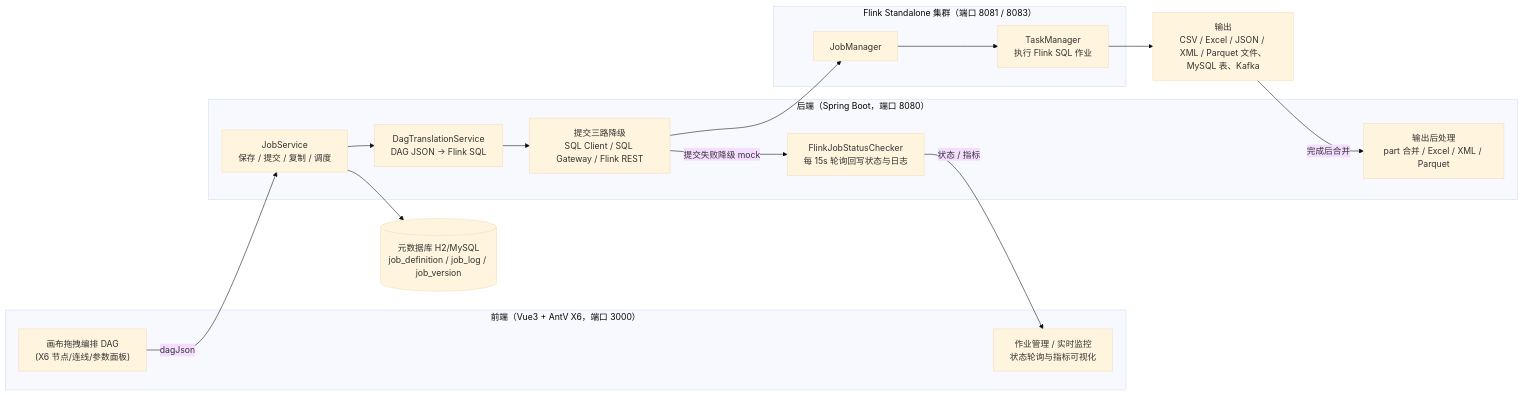
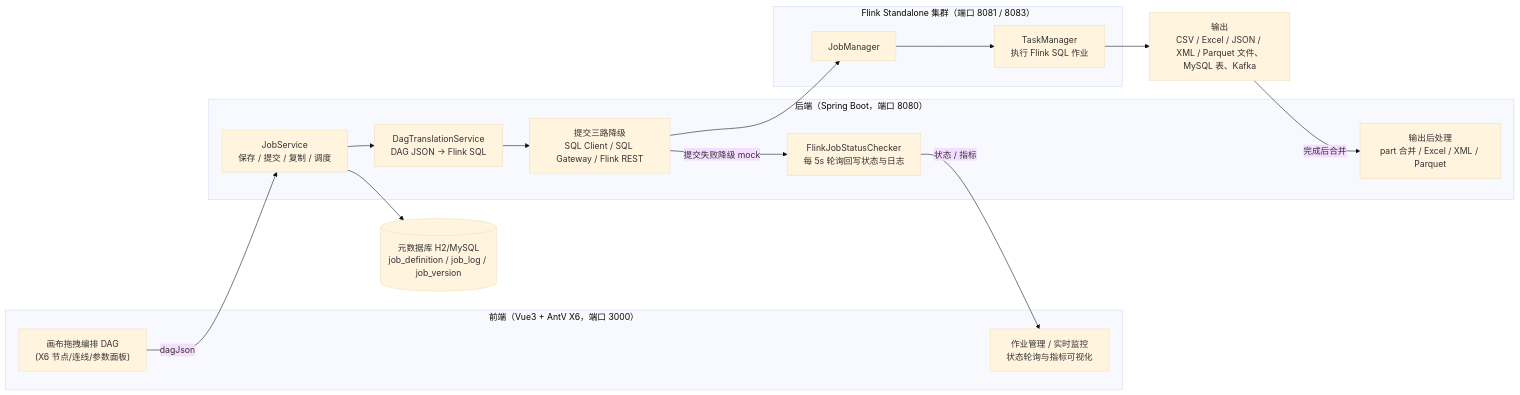
Before and after one commit to Cc5331/datastream-mvp: the diagram in README.md, drawn with Mermaid (base theme). The commit also changed other lines of this file and 11 other files, not shown here.

````diff
--- a/README.md
+++ b/README.md
@@ -7,29 +7,29 @@
 ```mermaid
 flowchart LR
     subgraph FE["前端（Vue3 + AntV X6，端口 3000）"]
         A["画布拖拽编排 DAG<br/>(X6 节点/连线/参数面板)"]
         B["作业管理 / 实时监控<br/>状态轮询与指标可视化"]
     end
     subgraph BE["后端（Spring Boot，端口 8080）"]
         C["JobService<br/>保存 / 提交 / 复制 / 调度"]
         D["DagTranslationService<br/>DAG JSON → Flink SQL"]
         E["提交三路降级<br/>SQL Client / SQL Gateway / Flink REST"]
-        F["FlinkJobStatusChecker<br/>每 15s 轮询回写状态与日志"]
+        F["FlinkJobStatusChecker<br/>每 5s 轮询回写状态与日志"]
         G["输出后处理<br/>part 合并 / Excel / XML / Parquet"]
     end
     subgraph FL["Flink Standalone 集群（端口 8081 / 8083）"]
         H["JobManager"]
         I["TaskManager<br/>执行 Flink SQL 作业"]
     end
     SINK["输出<br/>CSV / Excel / JSON / XML / Parquet 文件、MySQL 表、Kafka"]
     META[("元数据库 H2/MySQL<br/>job_definition / job_log / job_version")]
 
     A -->|"dagJson"| C
     C --> D --> E --> H
     H --> I
     I --> SINK
     F -->|"状态 / 指标"| B
     C --> META
     E -->|"提交失败降级 mock"| F
     SINK -->|"完成后合并"| G
 ```
````
